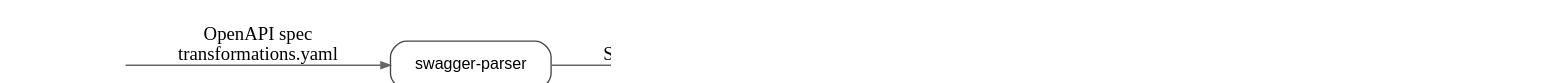
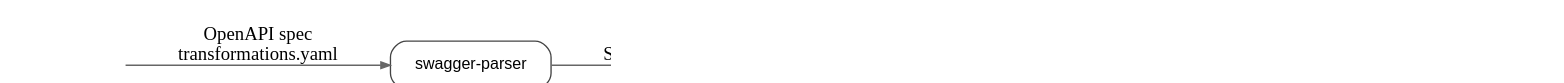
Before and after one commit to inponomarev/dsl-antora-talk: the second of 4 diagrams in src/main/asciidoc/lecture.adoc, drawn with Graphviz. The commit also changed other lines of this file and 3 other files, not shown here.

```diff
--- a/src/main/asciidoc/lecture.adoc
+++ b/src/main/asciidoc/lecture.adoc
@@ -178,23 +178,23 @@
 [graphviz]
 ----
 digraph OpenApiToAdocPipeline {
 graph [ dpi = 200 ];
 rankdir=LR;
 graph [bgcolor="white", pad=0.25, nodesep=0.35, ranksep=0.6];
 node  [shape=box, style="rounded,filled", fillcolor="white", color="#444444",
 fontname="Helvetica", fontsize=12, margin="0.18,0.10"];
 edge  [color="#666666", arrowsize=0.7];
 
   openapi [style=invis];
   parser  [label="swagger-parser"];
   gen     [label="AdocGenerator\n(the custom-made part)", fillcolor="#FFE66D",  // yellow highlight
         color="#C9A700"];
-  adoc    [label="AsciiDoctor\ntoolset"];
+  adoc    [label="Asciidoctor\ntoolset"];
   html    [style=invis];
 
   openapi -> parser [label="OpenAPI spec\ntransformations.yaml"];
   parser  -> gen [label="SwaggerParseResult"];
   gen     -> adoc   [label="transformations.adoc"];
   adoc    -> html [label="HTML+CSS"]
 }
 ----
```
